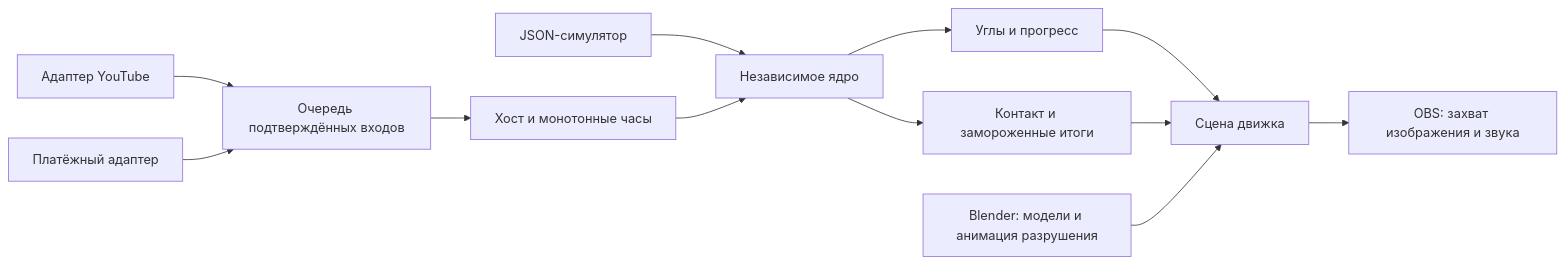
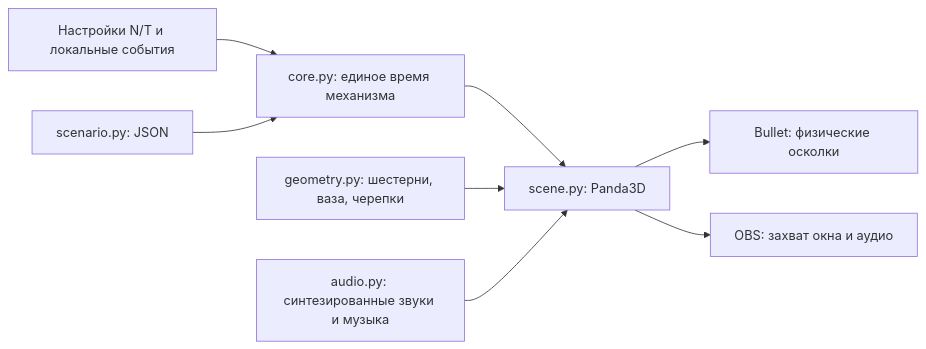
Before and after one commit to vako2000ai-web/YTGears: the diagram in docs/Architecture.md, drawn with Mermaid. The commit also changed other lines of this file and 32 other files, not shown here.

Commit message:
feat: replace C# with Python and add interactive Panda3D scene

````diff
--- a/docs/Architecture.md
+++ b/docs/Architecture.md
@@ -26,14 +13,10 @@
 ```mermaid
 flowchart LR
-    Y[Адаптер YouTube] --> Q[Очередь подтверждённых входов]
-    P[Платёжный адаптер] --> Q
-    S[JSON-симулятор] --> C[Независимое ядро]
-    Q --> H[Хост и монотонные часы]
-    H --> C
-    C --> V[Углы и прогресс]
-    C --> F[Контакт и замороженные итоги]
-    V --> G[Сцена движка]
-    F --> G
-    B[Blender: модели и анимация разрушения] --> G
-    G --> O[OBS: захват изображения и звука]
+    UI[Настройки N/T и локальные события] --> CORE[core.py: единое время механизма]
+    JSON[scenario.py: JSON] --> CORE
+    CORE --> SCENE[scene.py: Panda3D]
+    GEO[geometry.py: шестерни, ваза, черепки] --> SCENE
+    AUDIO[audio.py: синтезированные звуки и музыка] --> SCENE
+    SCENE --> BULLET[Bullet: физические осколки]
+    SCENE --> OBS[OBS: захват окна и аудио]
 ```
````
